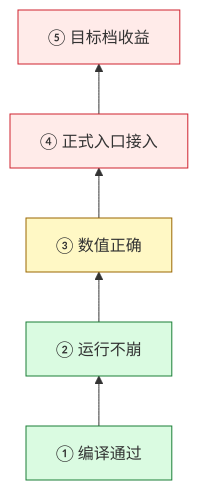
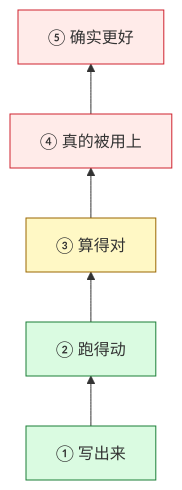
The second of 2 diagrams in README.md (SpellingDragon/system-one-study), drawn with Mermaid before and after one commit. The commit also changed other lines of this file, not shown here.

````diff
--- a/README.md
+++ b/README.md
@@ -117,10 +65,10 @@
 ```mermaid
 flowchart BT
-  S1["① 编译通过"] --> S2["② 运行不崩"] --> S3["③ 数值正确"] --> S4["④ 正式入口接入"] --> S5["⑤ 目标档收益"]
+  A["① 写出来"] --> B["② 跑得动"] --> C["③ 算得对"] --> D["④ 真的被用上"] --> E["⑤ 确实更好"]
   classDef g fill:#dafbe1,stroke:#1a7f37
-  class S1,S2 g
+  class A,B g
   classDef y fill:#fff8c5,stroke:#9a6700
-  class S3 y
+  class C y
   classDef n fill:#ffebe9,stroke:#cf222e
-  class S4,S5 n
+  class D,E n
 ```
````
